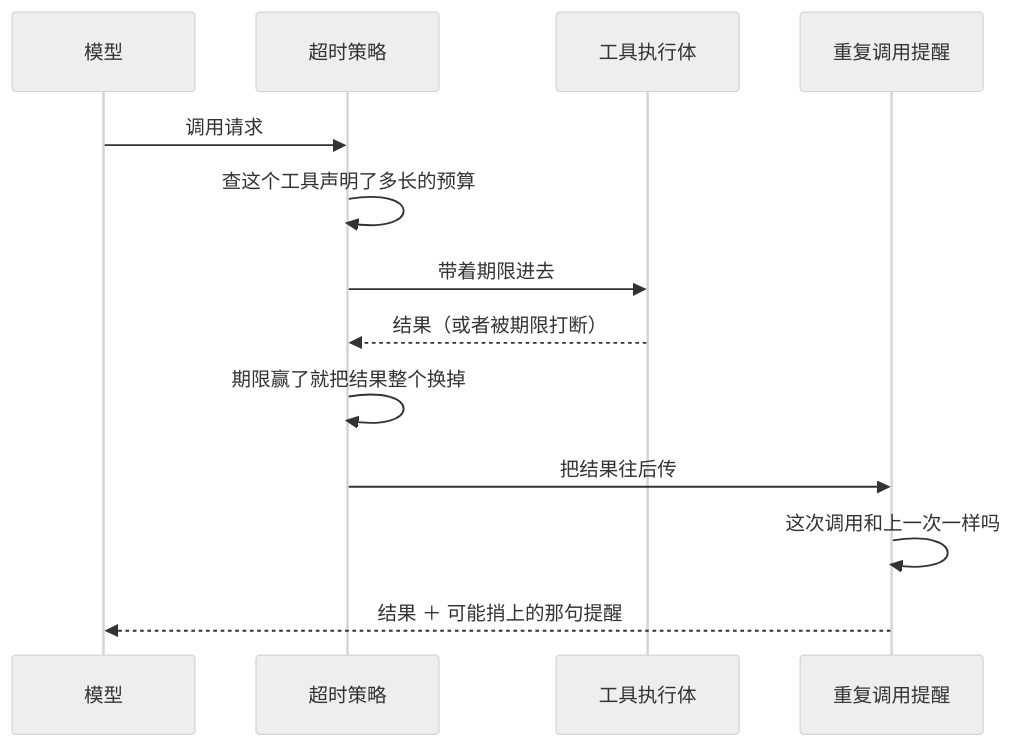
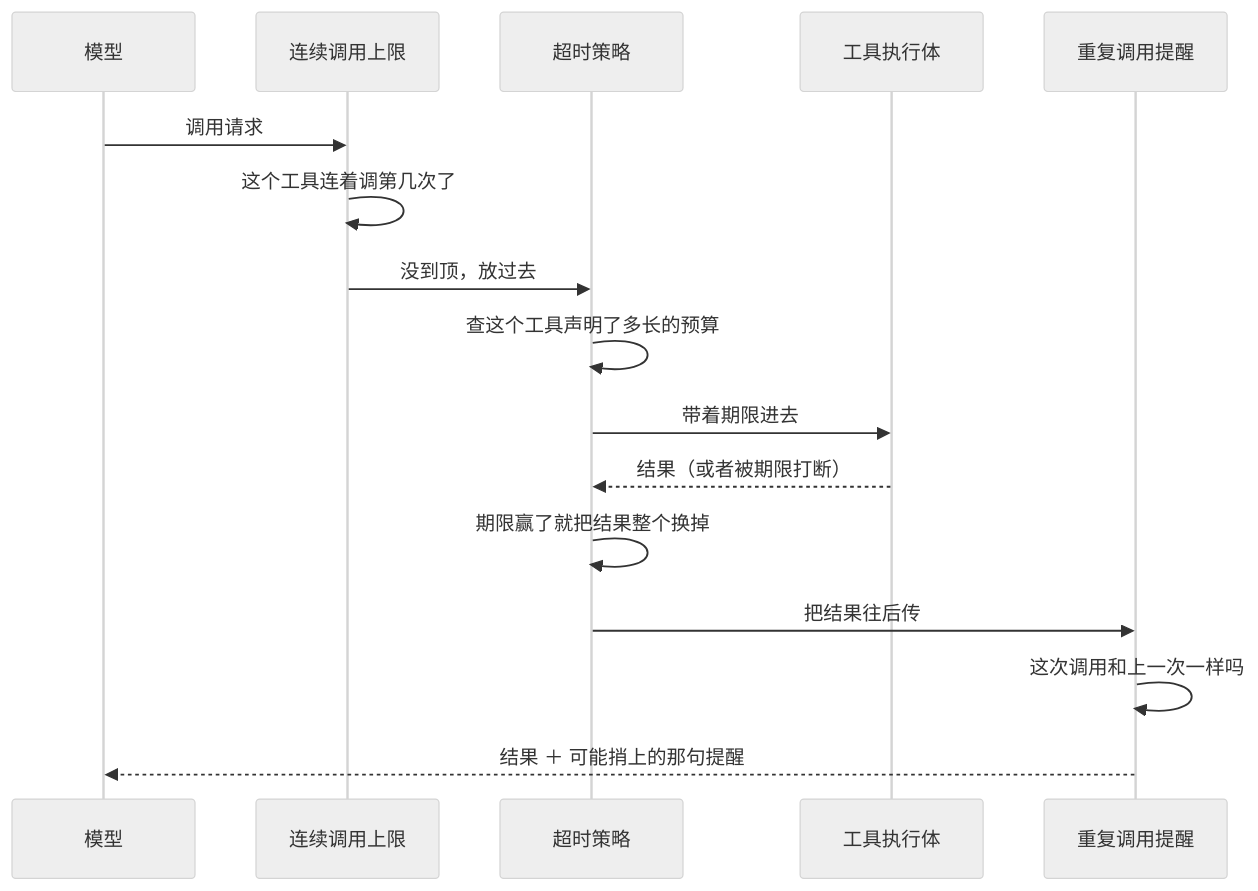
The ninth of 38 diagrams in docs/modules/guards.md (snight1983/ds-harness-go), drawn with Mermaid (neutral theme) before and after one commit. The commit also changed other lines of this file and 50 other files, not shown here.

First line of the commit message:
feat: 完善会话持久化、图片请求与工具防护

````diff
--- a/docs/modules/guards.md
+++ b/docs/modules/guards.md
@@ -84,15 +108,18 @@
 ```mermaid
 sequenceDiagram
     participant M as 模型
+    participant G as 连续调用上限
     participant T as 超时策略
     participant X as 工具执行体
     participant R as 重复调用提醒
-    M->>T: 调用请求
+    M->>G: 调用请求
+    G->>G: 这个工具连着调第几次了
+    G->>T: 没到顶，放过去
     T->>T: 查这个工具声明了多长的预算
     T->>X: 带着期限进去
     X-->>T: 结果（或者被期限打断）
     T->>T: 期限赢了就把结果整个换掉
     T->>R: 把结果往后传
     R->>R: 这次调用和上一次一样吗
     R-->>M: 结果 ＋ 可能捎上的那句提醒
 ```
````
